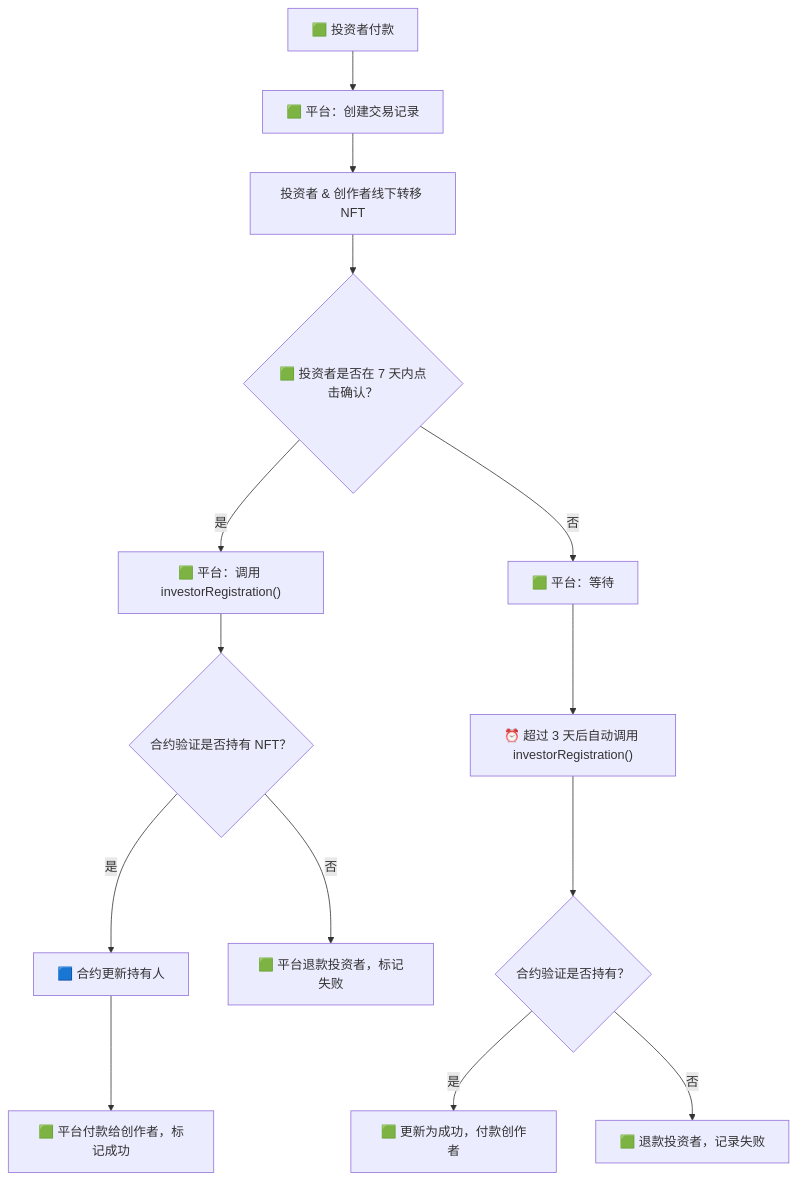
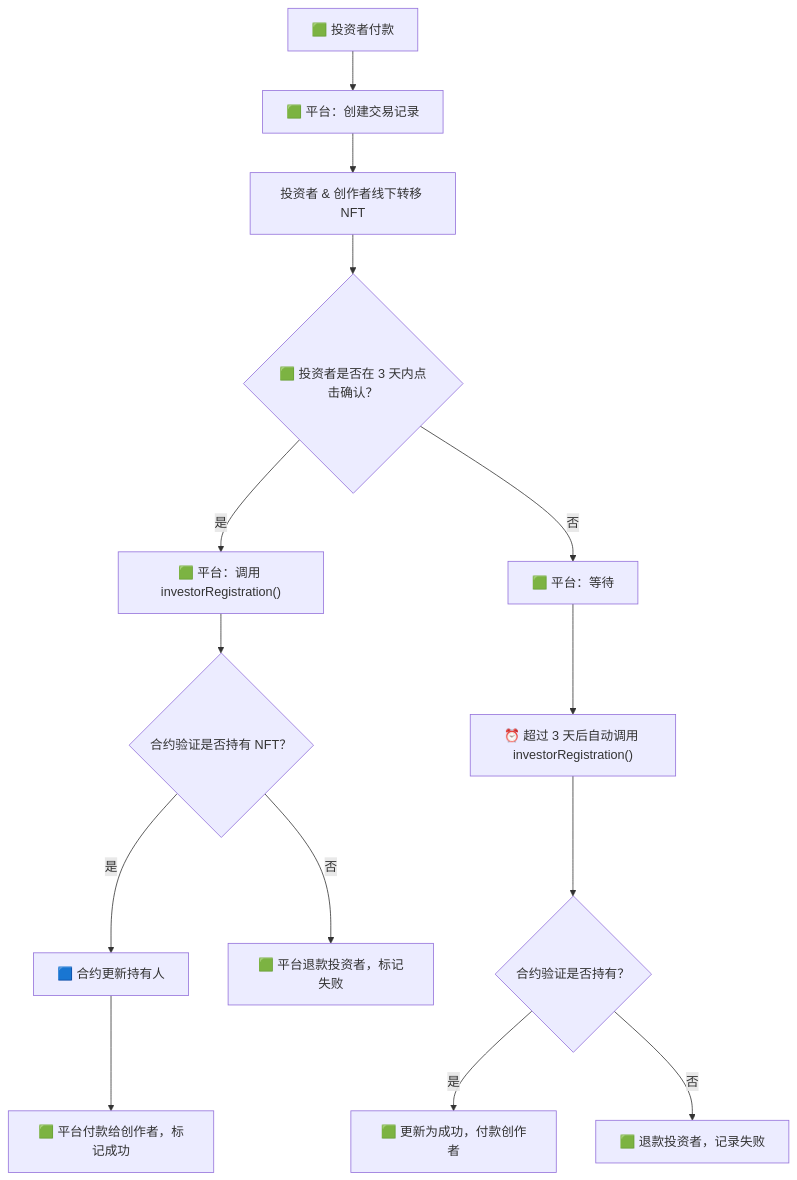
Before and after one commit to CSzLong/my-foundry-project: the third of 4 diagrams in README.md, drawn with Mermaid.

````diff
--- a/README.md
+++ b/README.md
@@ -48,20 +48,20 @@
 ```mermaid
 
 graph TD
 A["🟩 投资者付款"] --> B["🟩 平台：创建交易记录"]
 B --> C["投资者 & 创作者线下转移 NFT"]
-C --> D{"🟩 投资者是否在 7 天内点击确认？"}
+C --> D{"🟩 投资者是否在 3 天内点击确认？"}
 
 D -- 是 --> E["🟩 平台：调用 investorRegistration()"]
 E --> F{"合约验证是否持有 NFT？"}
 F -- 是 --> G["🟦 合约更新持有人"]
 G --> H["🟩 平台付款给创作者，标记成功"]
 F -- 否 --> I["🟩 平台退款投资者，标记失败"]
 
 D -- 否 --> J["🟩 平台：等待"]
 J --> K["⏰ 超过 3 天后自动调用 investorRegistration()"]
 K --> L{"合约验证是否持有？"}
 L -- 是 --> M["🟩 更新为成功，付款创作者"]
 L -- 否 --> N["🟩 退款投资者，记录失败"]
 
 ```
````
